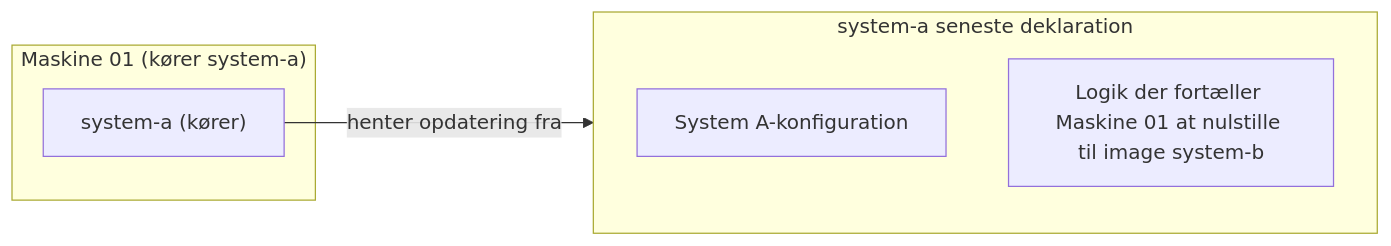
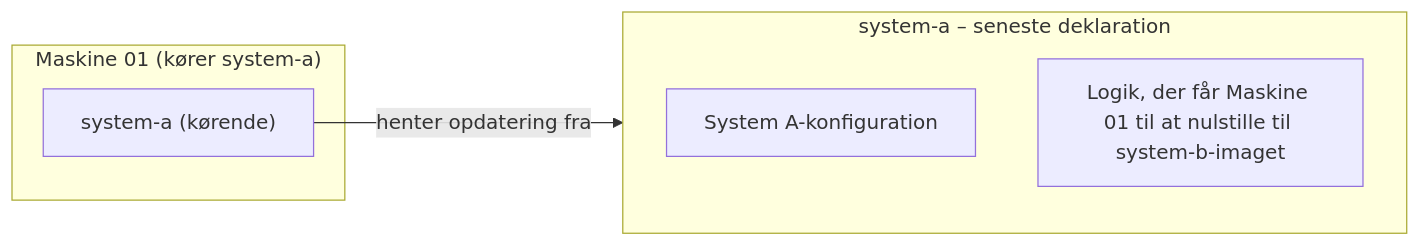
Before and after one commit to 0xf1e/os2fri-dokumentation: the ninth of 9 diagrams in presentation/slides.md, drawn with Mermaid. The commit also changed other lines of this file, not shown here.

```diff
--- a/presentation/slides.md
+++ b/presentation/slides.md
@@ -260,11 +262,12 @@
 <div class="mermaid">
 flowchart LR
 subgraph machine["Maskine 01 (kører system-a)"]
-    systemA["system-a (kører)"]
+    systemA["system-a (kørende)"]
 end
-subgraph systemAStream["system-a seneste deklaration"]
+subgraph systemAStream["system-a – seneste deklaration"]
+    direction TB
     conf["System A-konfiguration"]
-    reset["Logik der fortæller Maskine 01 at nulstille til image system-b"]
+    reset["Logik, der får Maskine 01 til at nulstille til system-b-imaget"]
 end
 systemA -->|henter opdatering fra| systemAStream
 </div>
```
